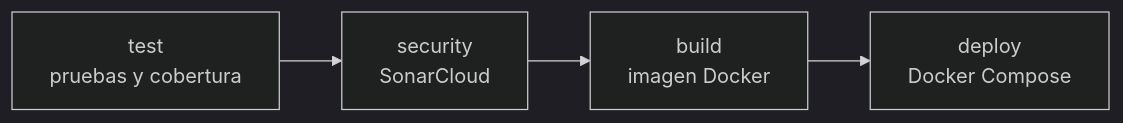
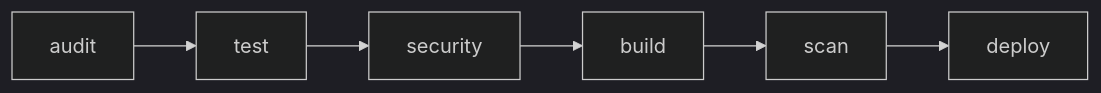
One commit to jhonnylarry/order-manager changed the diagram in README.md. Above: the diagram before and after it, drawn with Mermaid (dark theme). The commit also changed other lines of this file and 1 other file, not shown here.

````diff
--- a/README.md
+++ b/README.md
@@ -211,4 +215,4 @@
 ```mermaid
 flowchart LR
-    T[test<br/>pruebas y cobertura] --> S[security<br/>SonarCloud] --> B[build<br/>imagen Docker] --> D[deploy<br/>Docker Compose]
+    A[audit] --> T[test] --> S[security] --> B[build] --> E[scan] --> D[deploy]
 ```
````
